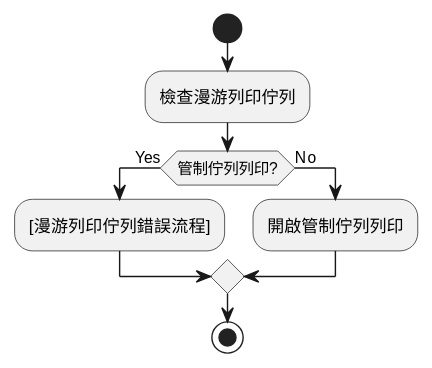
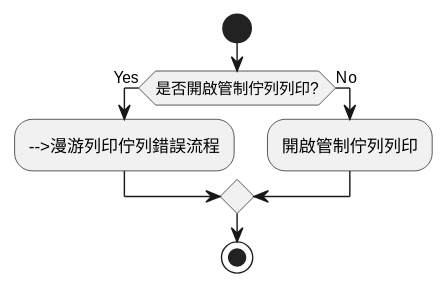
The second of 7 diagrams in root/異常處理/無法漫游列印.md (FrancoLiuDev/powermoat_doc), drawn with PlantUML before and after one commit. The commit also changed other lines of this file, not shown here.

````diff
--- a/root/異常處理/無法漫游列印.md
+++ b/root/異常處理/無法漫游列印.md
@@ -26,14 +28,13 @@
 ```plantuml
 @startuml
 start
-:檢查漫游列印佇列;
 
-if (管制佇列列印?) then (Yes)
-  :[漫游列印佇列錯誤流程];
+if (是否開啟管制佇列列印?) then (Yes)
+  :-->漫游列印佇列錯誤流程;
 else (No)
   :開啟管制佇列列印;
 endif
 
 stop
 @enduml
 ```
````
